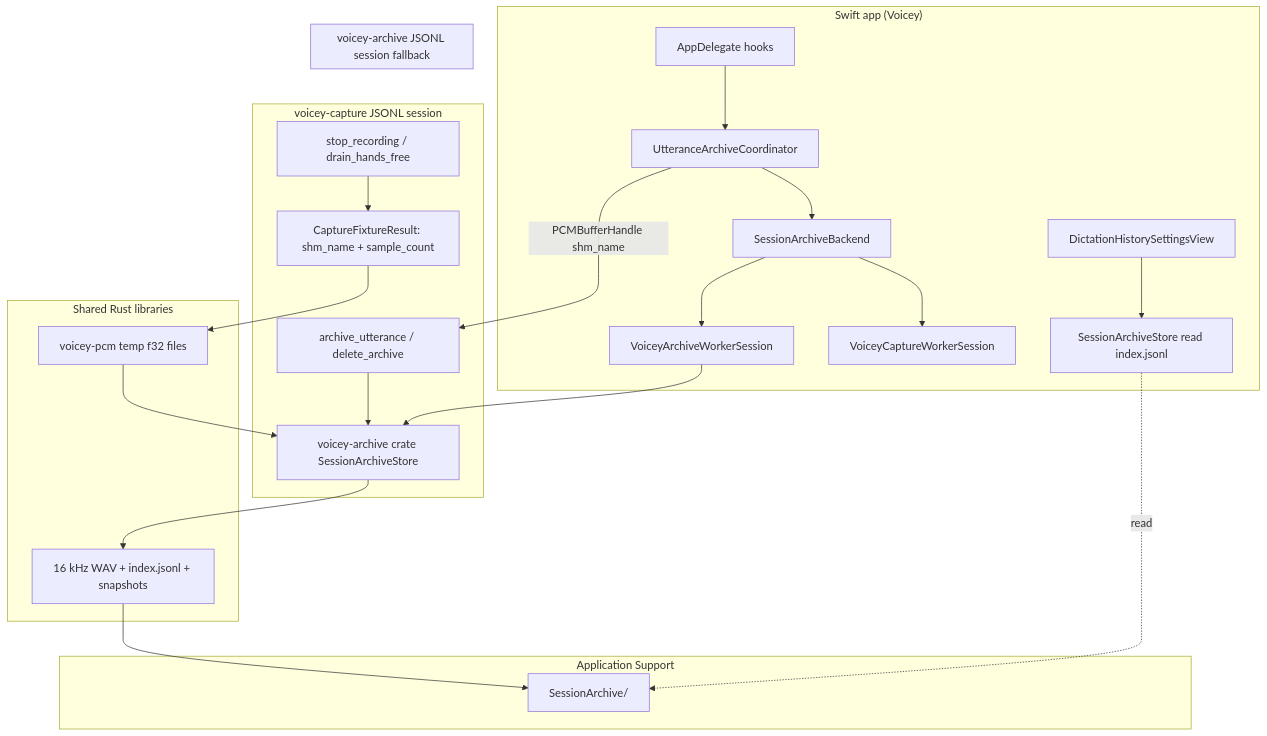
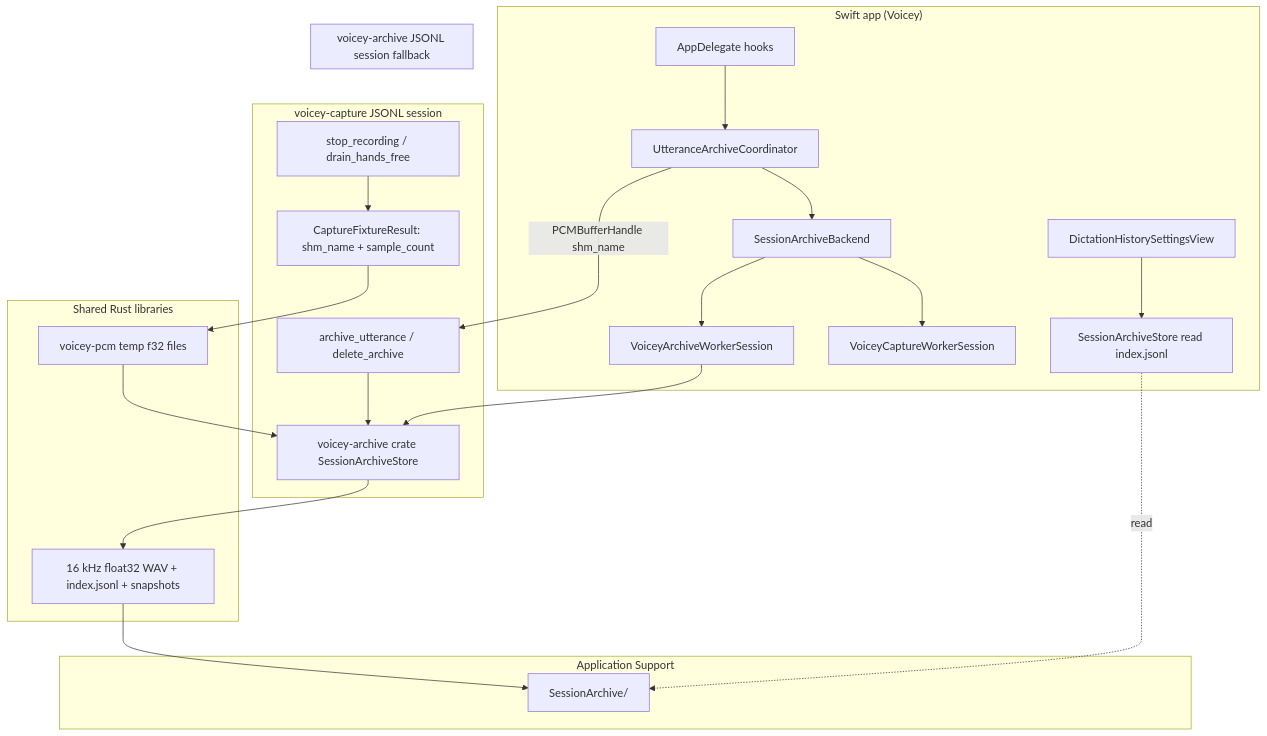
Before and after one commit to jonathanKingston/voicey: the second of 2 diagrams in docs/explorations/dictation-session-archive-and-golden-corpus.md, drawn with Mermaid. The commit also changed other lines of this file and 14 other files, not shown here.

First line of the commit message:
Fix dictation archive lifecycle and store lossless float32 WAV.

````diff
--- a/docs/explorations/dictation-session-archive-and-golden-corpus.md
+++ b/docs/explorations/dictation-session-archive-and-golden-corpus.md
@@ -66,43 +66,43 @@
 ```mermaid
 flowchart TB
   subgraph swift_host["Swift app (Voicey)"]
     AD[AppDelegate hooks]
     UAC[UtteranceArchiveCoordinator]
     SAB[SessionArchiveBackend]
     SAS[SessionArchiveStore read index.jsonl]
     UI[DictationHistorySettingsView]
     AD --> UAC
     UAC --> SAB
     UI --> SAS
     SAB --> VCS
     SAB --> VAS
   end
 
   subgraph capture_worker["voicey-capture JSONL session"]
     VCS[VoiceyCaptureWorkerSession]
     STOP[stop_recording / drain_hands_free]
     ARCH[archive_utterance / delete_archive]
     STOP --> PCM_OUT["CaptureFixtureResult: shm_name + sample_count"]
     ARCH --> VA_LIB
   end
 
   subgraph archive_worker["voicey-archive JSONL session fallback"]
     VAS[VoiceyArchiveWorkerSession]
     VAS --> VA_LIB
   end
 
   subgraph shared_rust["Shared Rust libraries"]
     VA_LIB[voicey-archive crate SessionArchiveStore]
     PCM[voicey-pcm temp f32 files]
-    VA_LIB --> WAV[16 kHz WAV + index.jsonl + snapshots]
+    VA_LIB --> WAV[16 kHz float32 WAV + index.jsonl + snapshots]
     PCM --> VA_LIB
   end
 
   subgraph disk["Application Support"]
     WAV --> FS["SessionArchive/"]
     SAS -. read .-> FS
   end
 
   UAC -->|"PCMBufferHandle shm_name"| ARCH
   PCM_OUT --> PCM
 ```
````
